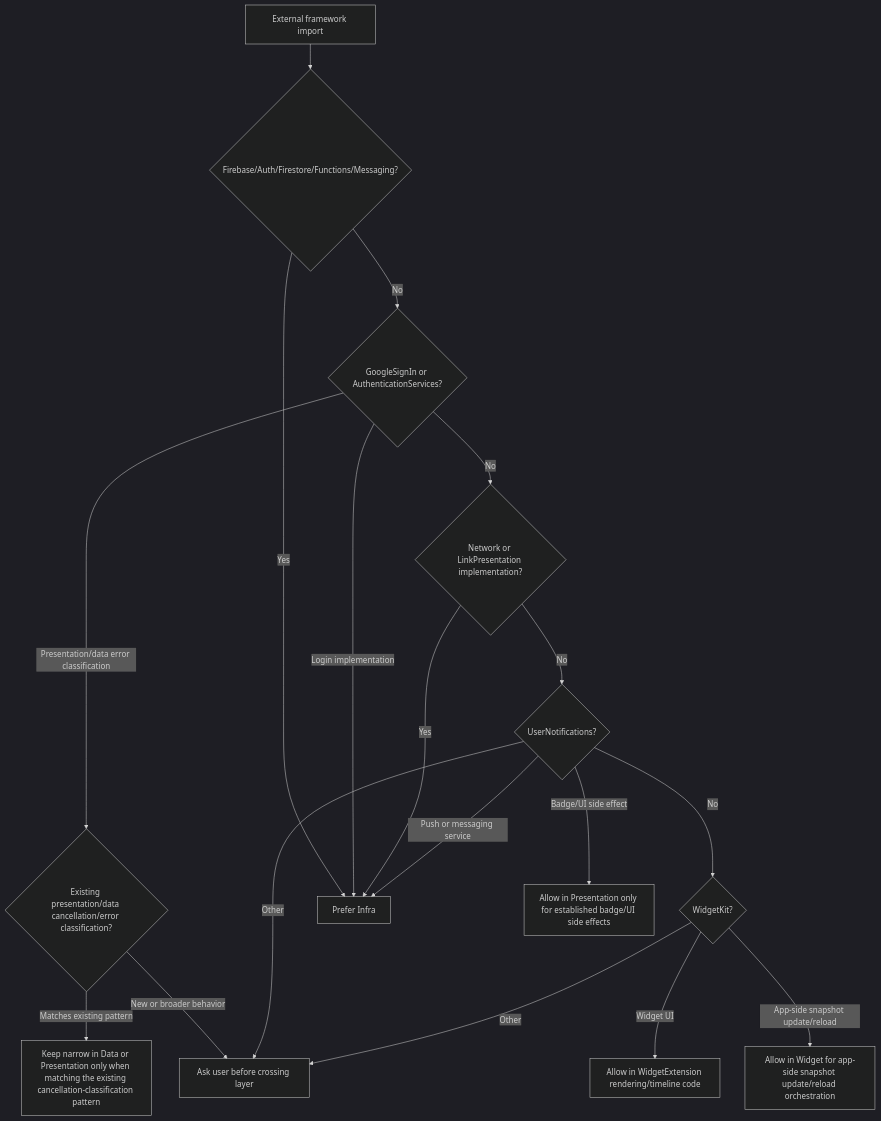
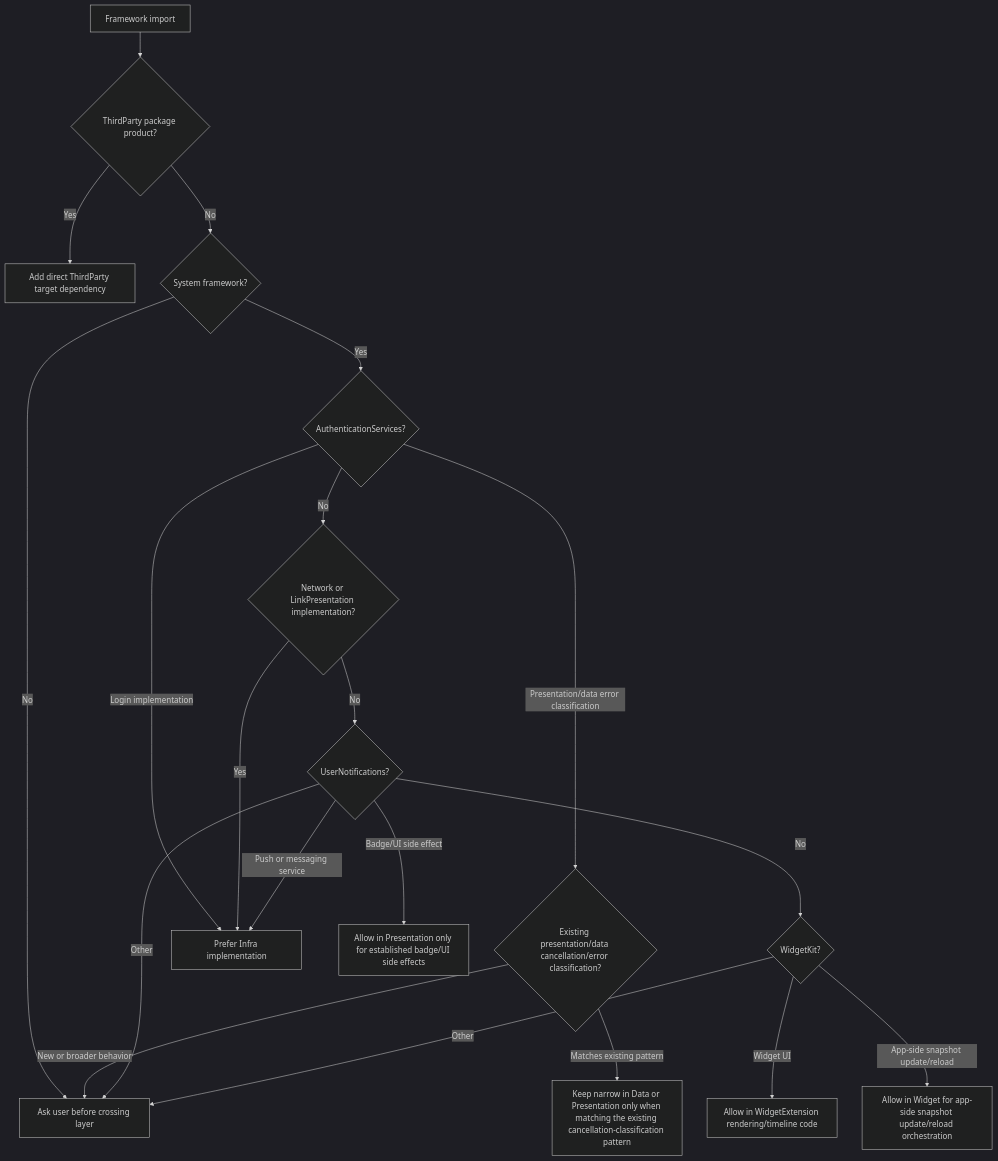
The seventh of 9 diagrams in .agents/rules/architecture.md (opficdev/DevLog_iOS), drawn with Mermaid (dark theme) before and after one commit. The commit also changed other lines of this file and 3 other files, not shown here.

````diff
--- a/.agents/rules/architecture.md
+++ b/.agents/rules/architecture.md
@@ -293,34 +296,38 @@
 ```mermaid
 flowchart TD
-	Import["External framework import"]
-	Firebase{"Firebase/Auth/Firestore/Functions/Messaging?"}
-	SocialLogin{"GoogleSignIn or AuthenticationServices?"}
+	Import["Framework import"]
+	ThirdPartyProduct{"ThirdParty package product?"}
+	ThirdParty["Add direct ThirdParty target dependency"]
+	SystemFramework{"System framework?"}
+	SocialLogin{"AuthenticationServices?"}
 	SocialLoginClassification{"Existing presentation/data cancellation/error classification?"}
 	NetworkMeta{"Network or LinkPresentation implementation?"}
 	UserNotifications{"UserNotifications?"}
 	WidgetKit{"WidgetKit?"}
-	Infra["Prefer Infra"]
+	Infra["Prefer Infra implementation"]
 	ErrorClassification["Keep narrow in Data or Presentation only when matching the existing cancellation-classification pattern"]
 	PresentationBadge["Allow in Presentation only for established badge/UI side effects"]
 	Widget["Allow in Widget for app-side snapshot update/reload orchestration"]
 	WidgetExtension["Allow in WidgetExtension rendering/timeline code"]
 	Ask["Ask user before crossing layer"]
 
-	Import --> Firebase
-	Firebase -->|Yes| Infra
-	Firebase -->|No| SocialLogin
+	Import --> ThirdPartyProduct
+	ThirdPartyProduct -->|Yes| ThirdParty
+	ThirdPartyProduct -->|No| SystemFramework
+	SystemFramework -->|No| Ask
+	SystemFramework -->|Yes| SocialLogin
 	SocialLogin -->|Login implementation| Infra
 	SocialLogin -->|Presentation/data error classification| SocialLoginClassification
 	SocialLoginClassification -->|Matches existing pattern| ErrorClassification
 	SocialLoginClassification -->|New or broader behavior| Ask
 	SocialLogin -->|No| NetworkMeta
 	NetworkMeta -->|Yes| Infra
 	NetworkMeta -->|No| UserNotifications
 	UserNotifications -->|Badge/UI side effect| PresentationBadge
 	UserNotifications -->|Push or messaging service| Infra
 	UserNotifications -->|Other| Ask
 	UserNotifications -->|No| WidgetKit
 	WidgetKit -->|Widget UI| WidgetExtension
 	WidgetKit -->|App-side snapshot update/reload| Widget
 	WidgetKit -->|Other| Ask
 ```
````
